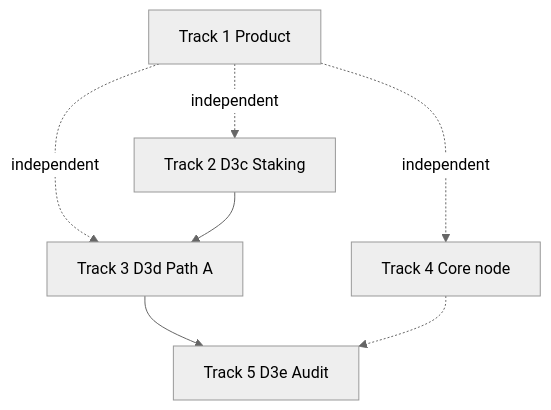
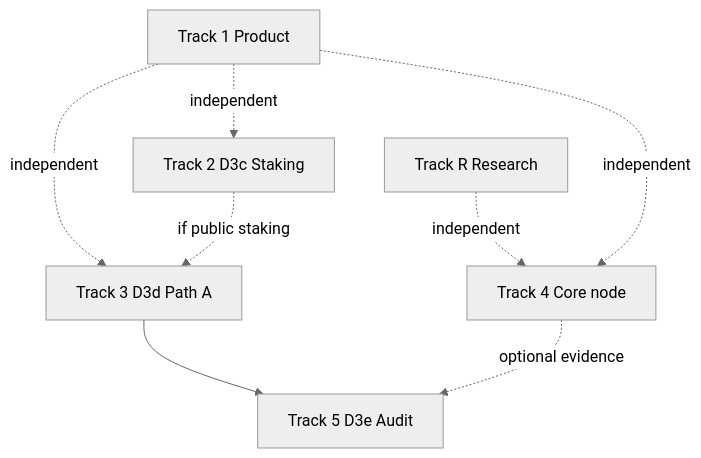
The diagram in docs/product/upgrades.md (dewnetwork/dew), drawn with Mermaid (neutral theme) before and after one commit. The commit also changed other lines of this file and 9 other files, not shown here.

````diff
--- a/docs/product/upgrades.md
+++ b/docs/product/upgrades.md
@@ -28,14 +32,16 @@
 ```mermaid
 flowchart TB
+  TR[Track R Research]
   T1[Track 1 Product]
   T2[Track 2 D3c Staking]
   T3[Track 3 D3d Path A]
   T4[Track 4 Core node]
   T5[Track 5 D3e Audit]
+  TR -.->|independent| T4
   T1 -.->|independent| T2
   T1 -.->|independent| T3
   T1 -.->|independent| T4
-  T2 --> T3
+  T2 -.->|if public staking| T3
   T3 --> T5
-  T4 -.-> T5
+  T4 -.->|optional evidence| T5
 ```
````
